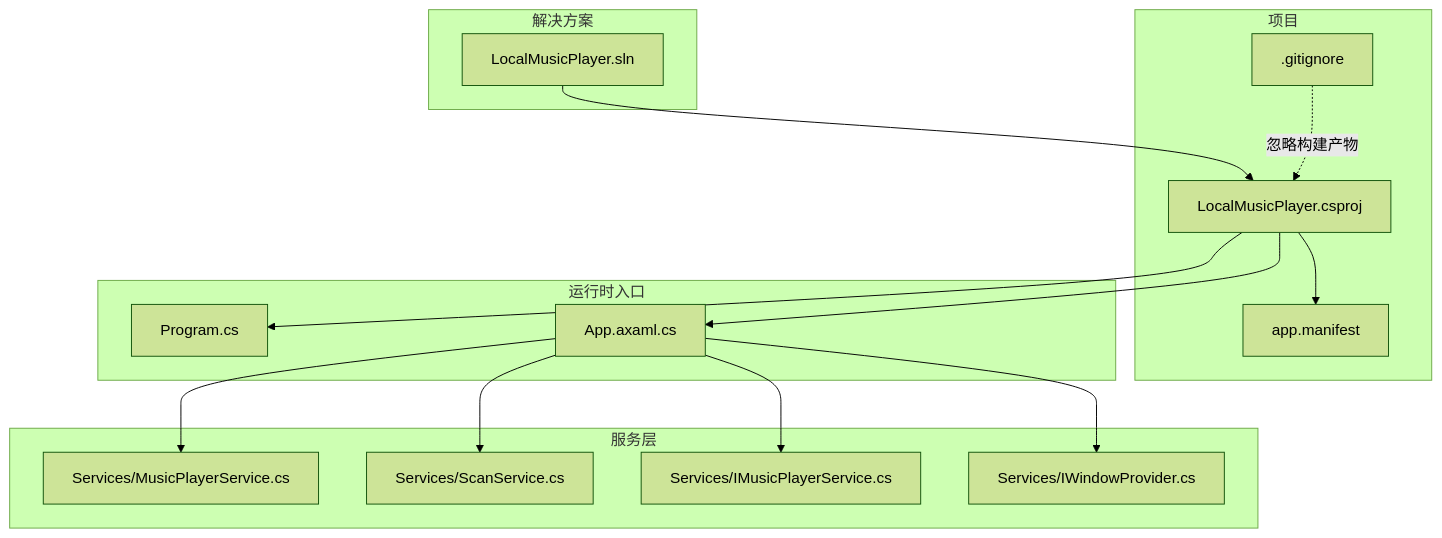
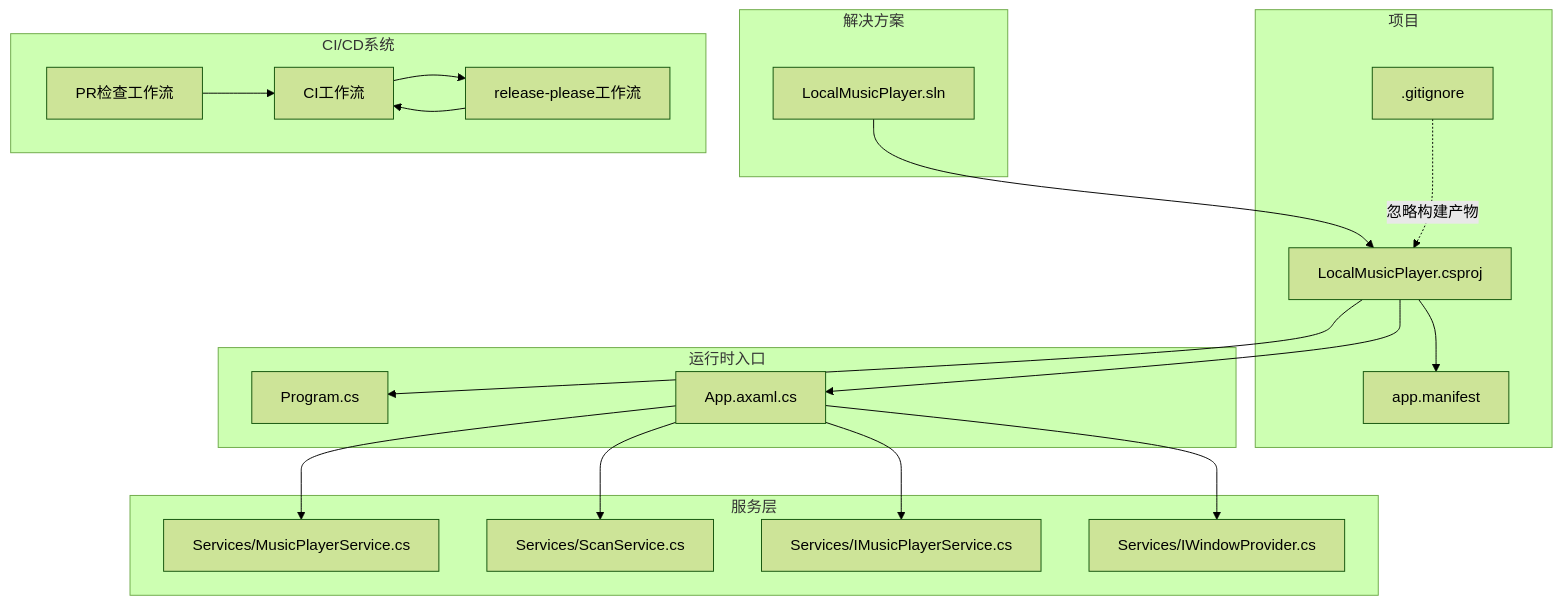
Before and after one commit to mariamjensen42-glitch/LocalMusicPlayer: the first of 5 diagrams in .qoder/repowiki/zh/content/部署和发布.md, drawn with Mermaid (forest theme). The commit also changed other lines of this file and 16 other files, not shown here.

````diff
--- a/.qoder/repowiki/zh/content/部署和发布.md
+++ b/.qoder/repowiki/zh/content/部署和发布.md
@@ -37,30 +51,38 @@
 ```mermaid
 graph TB
 subgraph "解决方案"
 SLN["LocalMusicPlayer.sln"]
 end
 subgraph "项目"
 PROJ["LocalMusicPlayer.csproj"]
 MAN["app.manifest"]
 GIT[".gitignore"]
 end
 subgraph "运行时入口"
 PRG["Program.cs"]
 APP["App.axaml.cs"]
 end
 subgraph "服务层"
 MPS["Services/MusicPlayerService.cs"]
 SSC["Services/ScanService.cs"]
 IMP["Services/IMusicPlayerService.cs"]
 IWP["Services/IWindowProvider.cs"]
 end
+subgraph "CI/CD系统"
+CI["CI工作流"]
+PR["PR检查工作流"]
+RP["release-please工作流"]
+end
 SLN --> PROJ
 PROJ --> MAN
 PROJ --> PRG
 PROJ --> APP
 APP --> IWP
 APP --> IMP
 APP --> MPS
 APP --> SSC
+CI --> RP
+PR --> CI
+RP --> CI
 GIT -. 忽略构建产物 .-> PROJ
 ```
````
